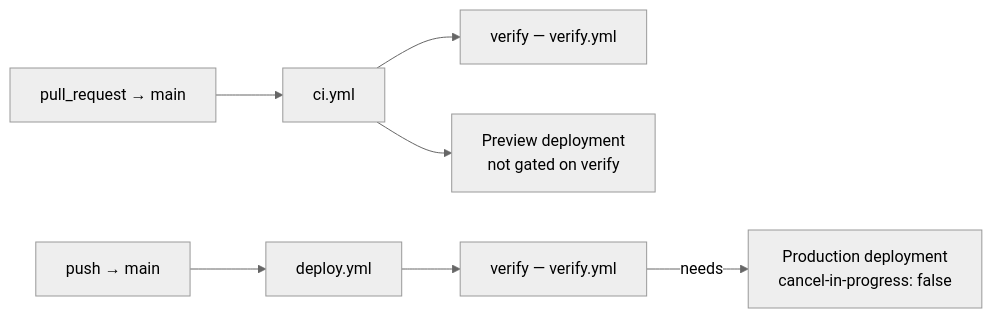
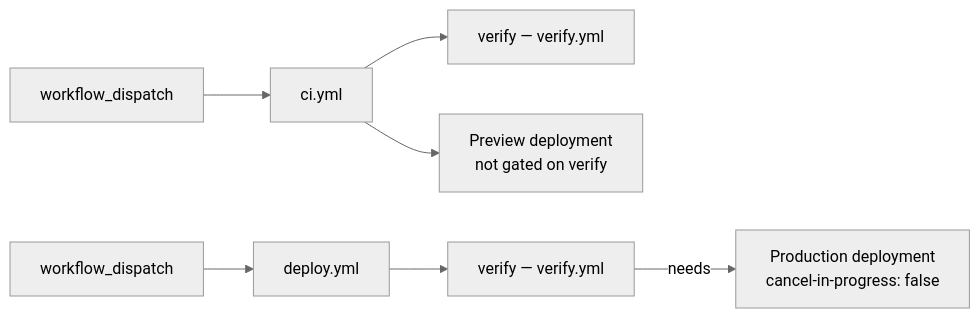
Before and after one commit to Adawy-Group/adawy-technical-docs: the second of 2 diagrams in content/repositories/zad-alhkoul.mdx, drawn with Mermaid (neutral theme). The commit also changed other lines of this file and 39 other files, not shown here.

````diff
--- a/content/repositories/zad-alhkoul.mdx
+++ b/content/repositories/zad-alhkoul.mdx
@@ -311,9 +328,9 @@
 ```mermaid
 flowchart LR
-  PR[pull_request → main] --> CI[ci.yml]
+  DC[workflow_dispatch] --> CI[ci.yml]
   CI --> V1[verify — verify.yml]
   CI --> PV[Preview deployment<br/>not gated on verify]
-  PUSH[push → main] --> D[deploy.yml]
+  DD[workflow_dispatch] --> D[deploy.yml]
   D --> V2[verify — verify.yml]
   V2 -->|needs| PROD[Production deployment<br/>cancel-in-progress: false]
 ```
````
